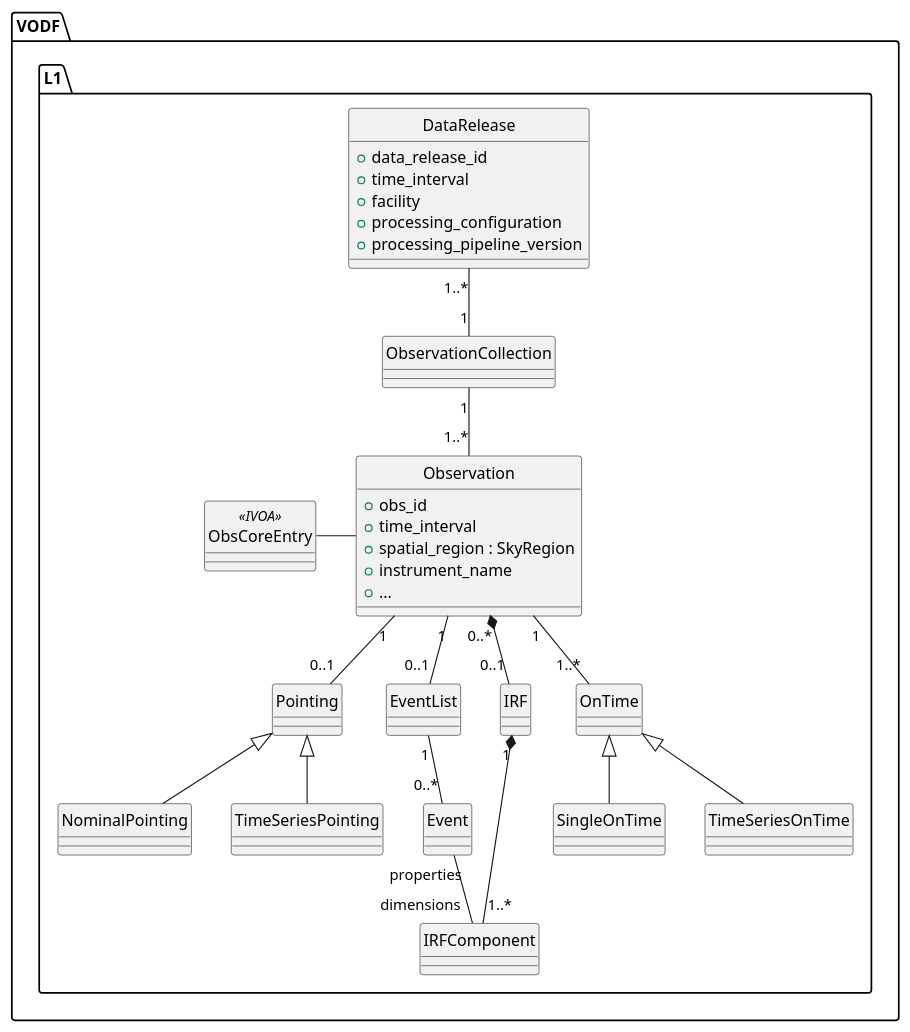
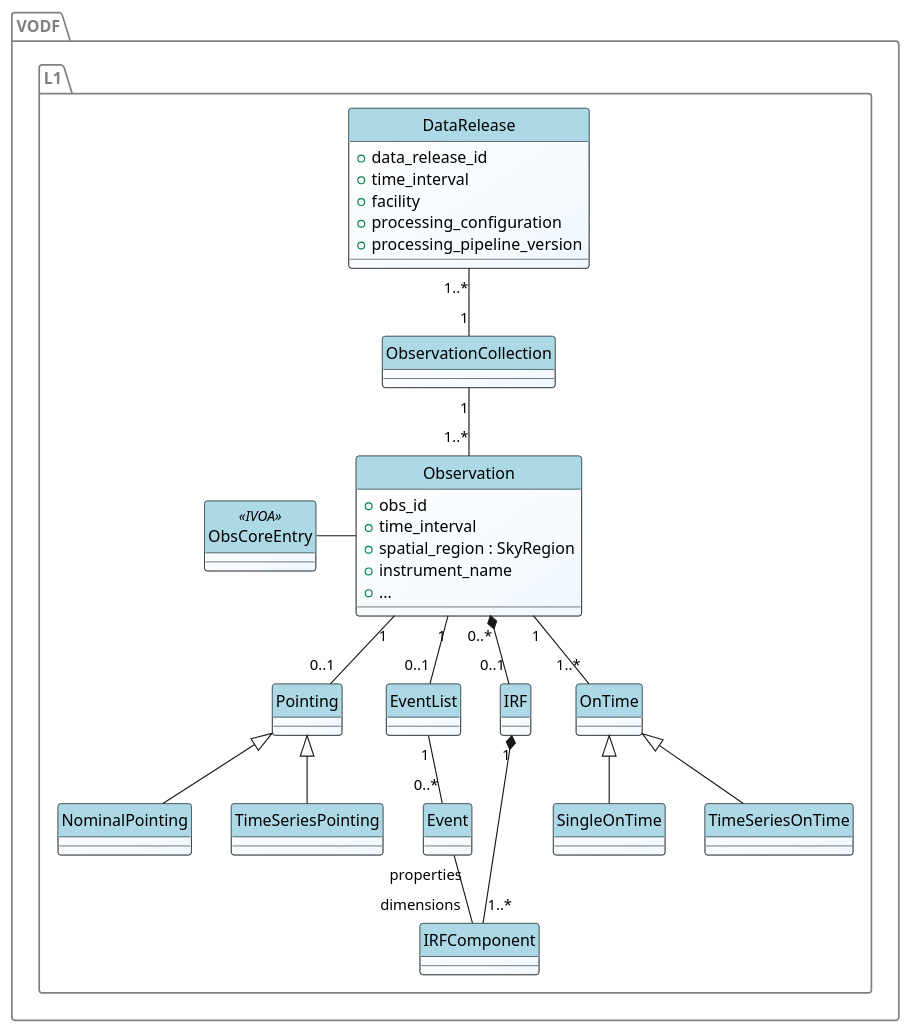
The diagram in source/specification/level-1/level-1.plantuml (VODF/vodf-docs), drawn with PlantUML before and after one commit.

Commit message:
improved look of diagram

```diff
--- a/source/specification/level-1/level-1.plantuml
+++ b/source/specification/level-1/level-1.plantuml
@@ -1,49 +1,57 @@
 @startuml
 hide circles
+skinparam ClassBackgroundColor white/aliceblue
+skinparam ClassHeaderBackgroundColor lightblue
+<style>
+package {
+        LineColor gray
+        FontColor gray
+}
+</style>
 
 package VODF.L1 {
 
         class DataRelease  {
                 + data_release_id
                 + time_interval
                 + facility
                 + processing_configuration
                 + processing_pipeline_version
         }
 
         class Observation {
                 + obs_id
                 + time_interval
                 + spatial_region : SkyRegion
                 + instrument_name
                 + ...
         }
 
         Observation "1" -- "0..1" Pointing
 
         Pointing <|-- NominalPointing
         Pointing <|-- TimeSeriesPointing
 
         DataRelease "1..*" -- "1" ObservationCollection
         ObservationCollection "1" -- "1..*" Observation
 
         class ObsCoreEntry <<IVOA>> {
 
         }
 
         ObsCoreEntry -r- Observation
         Observation  "1" -- "0..1" EventList
         Observation  "0..*" *--  "0..1" IRF
         Observation "1" --  "1..*" OnTime
         OnTime <|-- SingleOnTime
         OnTime <|-- TimeSeriesOnTime
 
         EventList "1" -- "0..*" Event
 
         Event "properties" -- "dimensions" IRFComponent
 
         IRF "1"  *-- "1..*" IRFComponent
 
 }
 
 @enduml
```
